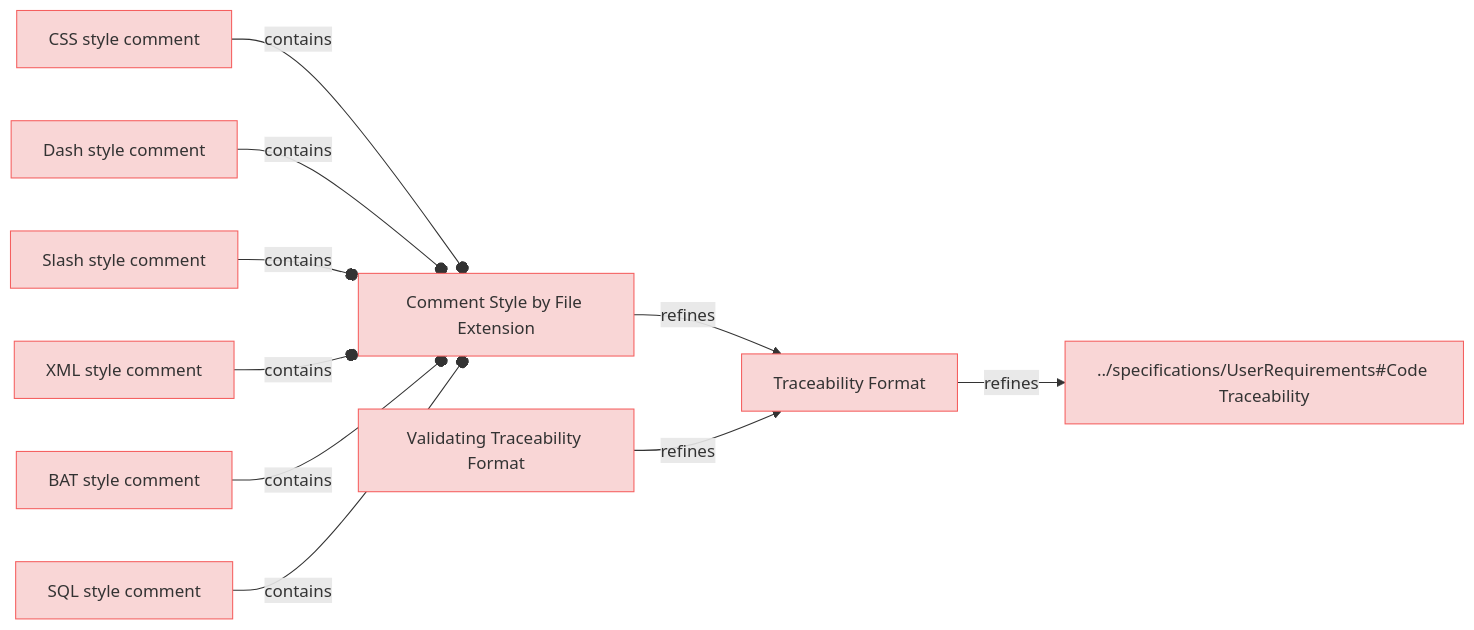
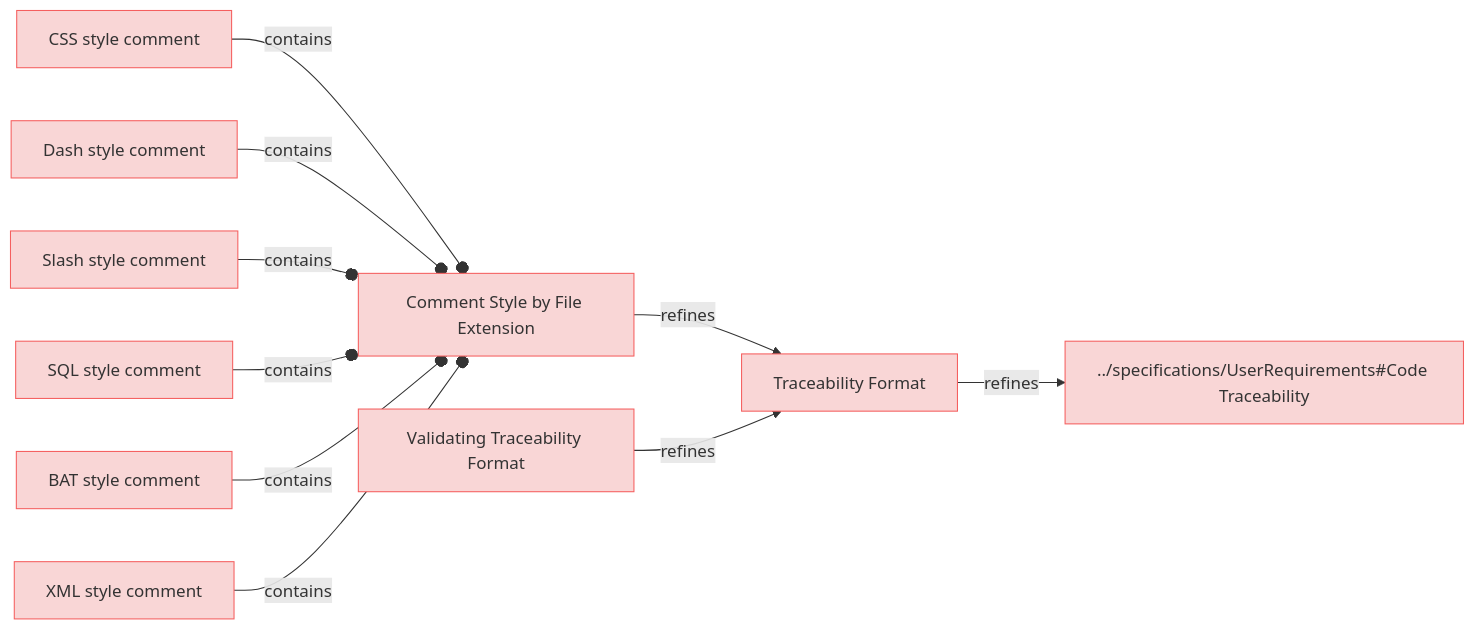
Before and after one commit to reqvire-org/reqvire: the diagram in specifications/CodeTraecabilityRequirements.md, drawn with Mermaid. The commit also changed 56 other files, not shown here.

````diff
--- a/specifications/CodeTraecabilityRequirements.md
+++ b/specifications/CodeTraecabilityRequirements.md
@@ -4,48 +4,48 @@
 ```mermaid
 graph LR;
   %% Graph styling
   classDef requirement fill:#f9d6d6,stroke:#f55f5f,stroke-width:1px;
   classDef verification fill:#d6f9d6,stroke:#5fd75f,stroke-width:1px;
   classDef externalLink fill:#d0e0ff,stroke:#3080ff,stroke-width:1px;
   classDef default fill:#f5f5f5,stroke:#333333,stroke-width:1px;
 
   65c6dfea7db1c92f["CSS style comment"];
-  click 65c6dfea7db1c92f "https://github.com/ilijaljubicic/ReqFlow/blob/a94231473c9a4a56fe21608ebd13787e0cc3f2dc/specifications/CodeTraecabilityRequirements.md#css-style-comment";
+  click 65c6dfea7db1c92f "https://github.com/ilijaljubicic/ReqFlow/blob/29a17f176519a28e973567d4102beb95f41075ed/specifications/CodeTraecabilityRequirements.md#css-style-comment";
   class 65c6dfea7db1c92f requirement;
   441d1cdce06ad3a2["Comment Style by File Extension"];
   class 441d1cdce06ad3a2 requirement;
-  click 441d1cdce06ad3a2 "https://github.com/ilijaljubicic/ReqFlow/blob/a94231473c9a4a56fe21608ebd13787e0cc3f2dc/specifications/CodeTraecabilityRequirements.md#comment-style-by-file-extension";
+  click 441d1cdce06ad3a2 "https://github.com/ilijaljubicic/ReqFlow/blob/29a17f176519a28e973567d4102beb95f41075ed/specifications/CodeTraecabilityRequirements.md#comment-style-by-file-extension";
   65c6dfea7db1c92f --o|contains| 441d1cdce06ad3a2;
   594ced3b454de491["Dash style comment"];
-  click 594ced3b454de491 "https://github.com/ilijaljubicic/ReqFlow/blob/a94231473c9a4a56fe21608ebd13787e0cc3f2dc/specifications/CodeTraecabilityRequirements.md#dash-style-comment";
+  click 594ced3b454de491 "https://github.com/ilijaljubicic/ReqFlow/blob/29a17f176519a28e973567d4102beb95f41075ed/specifications/CodeTraecabilityRequirements.md#dash-style-comment";
   class 594ced3b454de491 requirement;
   594ced3b454de491 --o|contains| 441d1cdce06ad3a2;
   642b1b8120da29c6["Slash style comment"];
-  click 642b1b8120da29c6 "https://github.com/ilijaljubicic/ReqFlow/blob/a94231473c9a4a56fe21608ebd13787e0cc3f2dc/specifications/CodeTraecabilityRequirements.md#slash-style-comment";
+  click 642b1b8120da29c6 "https://github.com/ilijaljubicic/ReqFlow/blob/29a17f176519a28e973567d4102beb95f41075ed/specifications/CodeTraecabilityRequirements.md#slash-style-comment";
   class 642b1b8120da29c6 requirement;
   642b1b8120da29c6 --o|contains| 441d1cdce06ad3a2;
-  d443939ad4f72d1a["XML style comment"];
-  click d443939ad4f72d1a "https://github.com/ilijaljubicic/ReqFlow/blob/a94231473c9a4a56fe21608ebd13787e0cc3f2dc/specifications/CodeTraecabilityRequirements.md#xml-style-comment";
-  class d443939ad4f72d1a requirement;
-  d443939ad4f72d1a --o|contains| 441d1cdce06ad3a2;
-  79d357d6f00a0427["BAT style comment"];
-  click 79d357d6f00a0427 "https://github.com/ilijaljubicic/ReqFlow/blob/a94231473c9a4a56fe21608ebd13787e0cc3f2dc/specifications/CodeTraecabilityRequirements.md#bat-style-comment";
-  class 79d357d6f00a0427 requirement;
-  79d357d6f00a0427 --o|contains| 441d1cdce06ad3a2;
   7b316e0013b74149["Traceability Format"];
   class 7b316e0013b74149 requirement;
-  click 7b316e0013b74149 "https://github.com/ilijaljubicic/ReqFlow/blob/a94231473c9a4a56fe21608ebd13787e0cc3f2dc/specifications/CodeTraecabilityRequirements.md#traceability-format";
+  click 7b316e0013b74149 "https://github.com/ilijaljubicic/ReqFlow/blob/29a17f176519a28e973567d4102beb95f41075ed/specifications/CodeTraecabilityRequirements.md#traceability-format";
   441d1cdce06ad3a2 -->|refines| 7b316e0013b74149;
+  1fc4e44d5fd988a6["../specifications/UserRequirements#Code Traceability"];
+  class 1fc4e44d5fd988a6 requirement;
+  click 1fc4e44d5fd988a6 "https://github.com/ilijaljubicic/ReqFlow/blob/29a17f176519a28e973567d4102beb95f41075ed/specifications/UserRequirements.md#code-traceability";
+  7b316e0013b74149 -->|refines| 1fc4e44d5fd988a6;
   388e93e521a38370["Validating Traceability Format"];
-  click 388e93e521a38370 "https://github.com/ilijaljubicic/ReqFlow/blob/a94231473c9a4a56fe21608ebd13787e0cc3f2dc/specifications/CodeTraecabilityRequirements.md#validating-traceability-format";
+  click 388e93e521a38370 "https://github.com/ilijaljubicic/ReqFlow/blob/29a17f176519a28e973567d4102beb95f41075ed/specifications/CodeTraecabilityRequirements.md#validating-traceability-format";
   class 388e93e521a38370 requirement;
   388e93e521a38370 -->|refines| 7b316e0013b74149;
   f8509ca65ccd9ff8["SQL style comment"];
-  click f8509ca65ccd9ff8 "https://github.com/ilijaljubicic/ReqFlow/blob/a94231473c9a4a56fe21608ebd13787e0cc3f2dc/specifications/CodeTraecabilityRequirements.md#sql-style-comment";
+  click f8509ca65ccd9ff8 "https://github.com/ilijaljubicic/ReqFlow/blob/29a17f176519a28e973567d4102beb95f41075ed/specifications/CodeTraecabilityRequirements.md#sql-style-comment";
   class f8509ca65ccd9ff8 requirement;
   f8509ca65ccd9ff8 --o|contains| 441d1cdce06ad3a2;
-  1fc4e44d5fd988a6["../specifications/UserRequirements#Code Traceability"];
-  class 1fc4e44d5fd988a6 requirement;
-  click 1fc4e44d5fd988a6 "https://github.com/ilijaljubicic/ReqFlow/blob/a94231473c9a4a56fe21608ebd13787e0cc3f2dc/specifications/UserRequirements.md#code-traceability";
-  7b316e0013b74149 -->|refines| 1fc4e44d5fd988a6;
+  79d357d6f00a0427["BAT style comment"];
+  click 79d357d6f00a0427 "https://github.com/ilijaljubicic/ReqFlow/blob/29a17f176519a28e973567d4102beb95f41075ed/specifications/CodeTraecabilityRequirements.md#bat-style-comment";
+  class 79d357d6f00a0427 requirement;
+  79d357d6f00a0427 --o|contains| 441d1cdce06ad3a2;
+  d443939ad4f72d1a["XML style comment"];
+  click d443939ad4f72d1a "https://github.com/ilijaljubicic/ReqFlow/blob/29a17f176519a28e973567d4102beb95f41075ed/specifications/CodeTraecabilityRequirements.md#xml-style-comment";
+  class d443939ad4f72d1a requirement;
+  d443939ad4f72d1a --o|contains| 441d1cdce06ad3a2;
 ```
````
